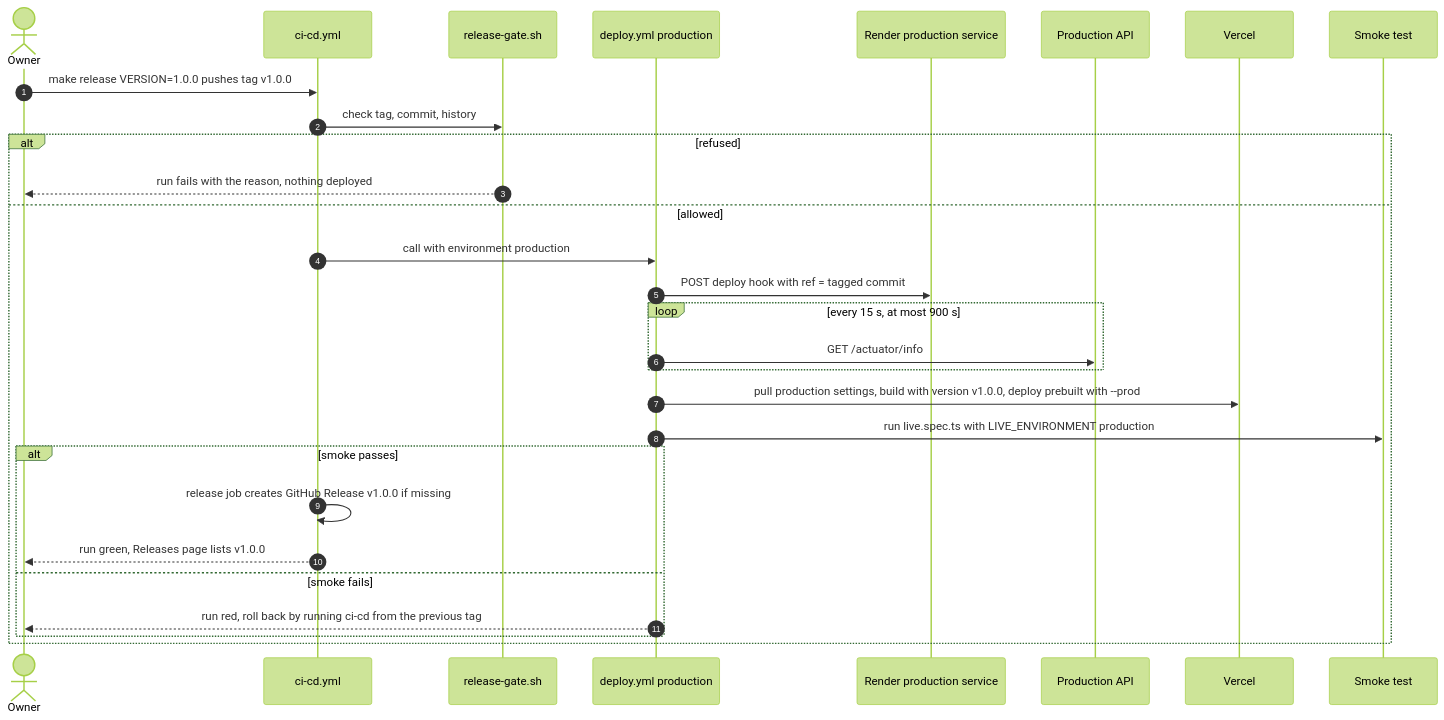
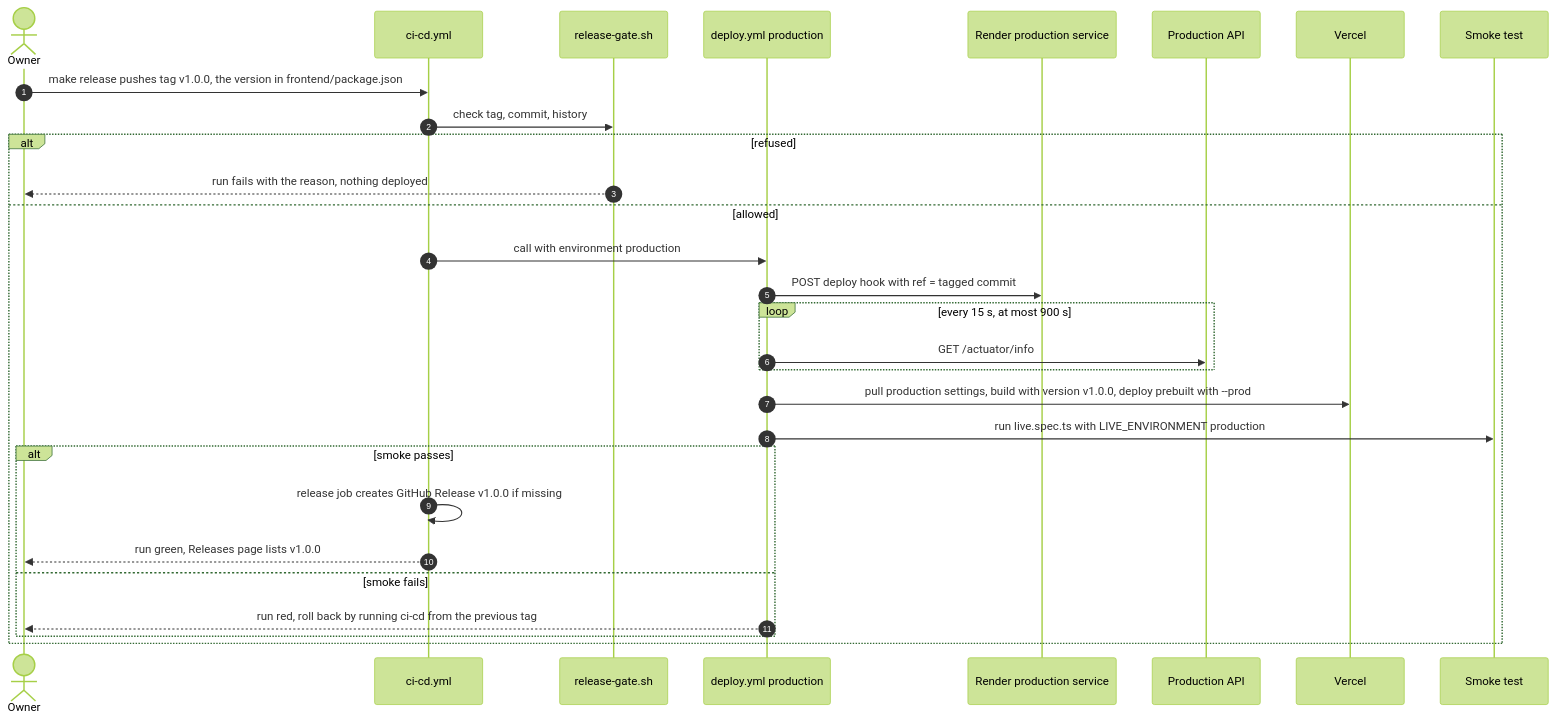
The third of 4 diagrams in docs/plans/platform/PF-027-staging-pipeline.md (HyHyZhaLee/portfolio), drawn with Mermaid (forest theme) before and after one commit. The commit also changed other lines of this file and 16 other files, not shown here.

First line of the commit message:
feat(PF-027): define the site version in frontend/package.json (#37)

````diff
--- a/docs/plans/platform/PF-027-staging-pipeline.md
+++ b/docs/plans/platform/PF-027-staging-pipeline.md
@@ -264,31 +264,31 @@
 ```mermaid
 sequenceDiagram
     autonumber
     actor O as Owner
     participant P as ci-cd.yml
     participant G as release-gate.sh
     participant D as deploy.yml production
     participant R as Render production service
     participant A as Production API
     participant V as Vercel
     participant S as Smoke test
-    O->>P: make release VERSION=1.0.0 pushes tag v1.0.0
+    O->>P: make release pushes tag v1.0.0, the version in frontend/package.json
     P->>G: check tag, commit, history
     alt refused
         G-->>O: run fails with the reason, nothing deployed
     else allowed
         P->>D: call with environment production
         D->>R: POST deploy hook with ref = tagged commit
         loop every 15 s, at most 900 s
             D->>A: GET /actuator/info
         end
         D->>V: pull production settings, build with version v1.0.0, deploy prebuilt with --prod
         D->>S: run live.spec.ts with LIVE_ENVIRONMENT production
         alt smoke passes
             P->>P: release job creates GitHub Release v1.0.0 if missing
             P-->>O: run green, Releases page lists v1.0.0
         else smoke fails
             D-->>O: run red, roll back by running ci-cd from the previous tag
         end
     end
 ```
````
